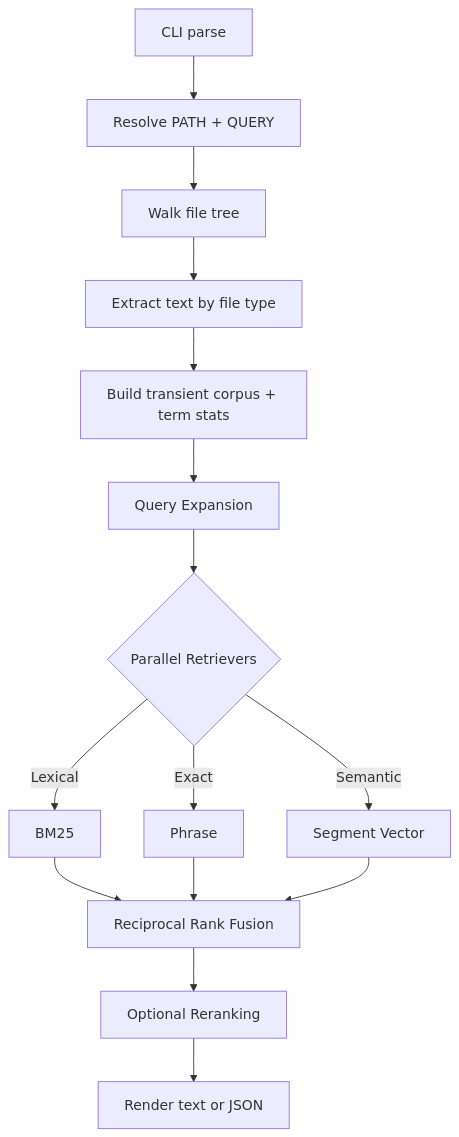
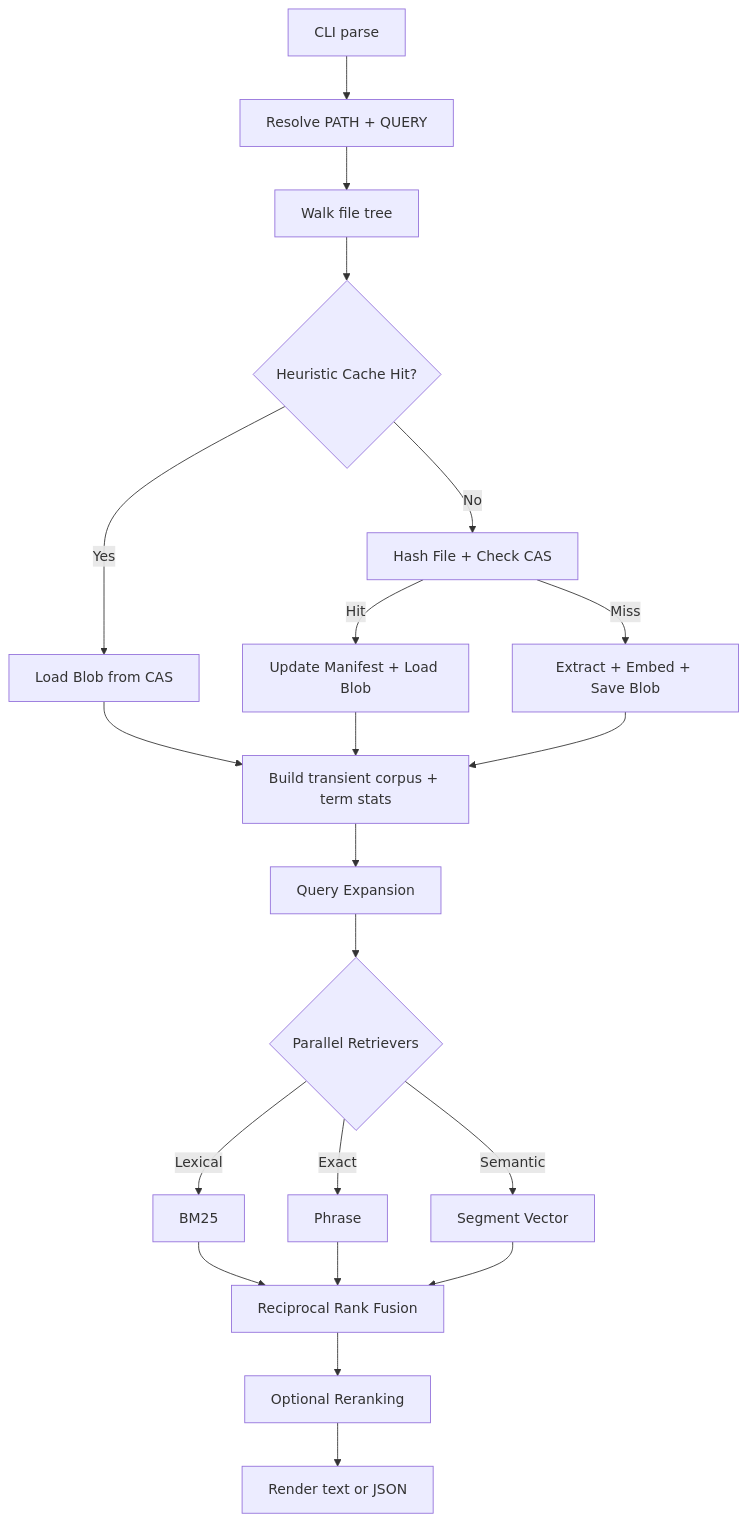
One commit to rupurt/sift changed the diagram in README.md. Above: the diagram before and after it, drawn with Mermaid. The commit also changed other lines of this file and 2 other files, not shown here.

First line of the commit message:
docs: update core documents to reflect incremental caching and pure-Rust build

````diff
--- a/README.md
+++ b/README.md
@@ -28,17 +30,23 @@
 ```mermaid
 flowchart TD
   A[CLI parse] --> B[Resolve PATH + QUERY]
   B --> C[Walk file tree]
-  C --> D[Extract text by file type]
-  D --> E[Build transient corpus + term stats]
-  E --> F[Query Expansion]
-  F --> G{Parallel Retrievers}
-  G -->|Lexical| G1[BM25]
-  G -->|Exact| G2[Phrase]
-  G -->|Semantic| G3[Segment Vector]
-  G1 --> H[Reciprocal Rank Fusion]
-  G2 --> H
-  G3 --> H
-  H --> I[Optional Reranking]
-  I --> J[Render text or JSON]
+  C --> D{Heuristic Cache Hit?}
+  D -->|Yes| E[Load Blob from CAS]
+  D -->|No| F[Hash File + Check CAS]
+  F -->|Hit| G[Update Manifest + Load Blob]
+  F -->|Miss| H[Extract + Embed + Save Blob]
+  E --> I[Build transient corpus + term stats]
+  G --> I
+  H --> I
+  I --> J[Query Expansion]
+  J --> K{Parallel Retrievers}
+  K -->|Lexical| K1[BM25]
+  K -->|Exact| K2[Phrase]
+  K -->|Semantic| K3[Segment Vector]
+  K1 --> L[Reciprocal Rank Fusion]
+  K2 --> L
+  K3 --> L
+  L --> M[Optional Reranking]
+  M --> N[Render text or JSON]
 ```
````
